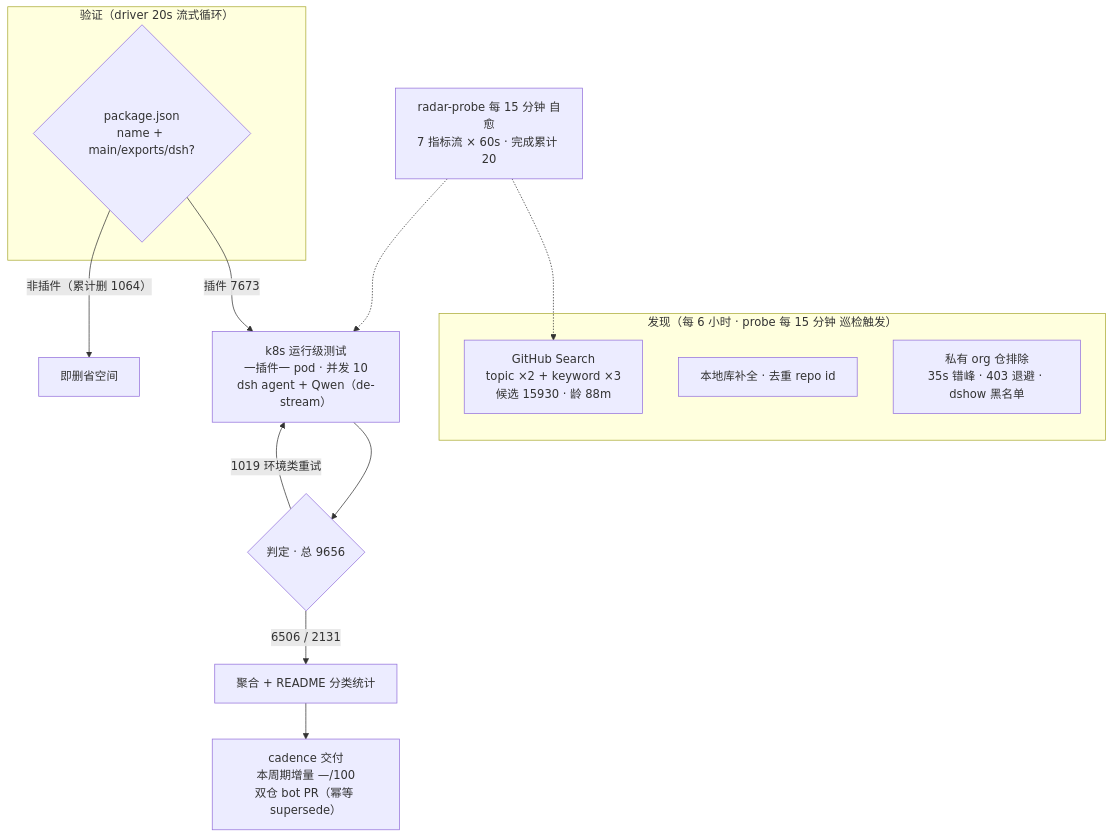
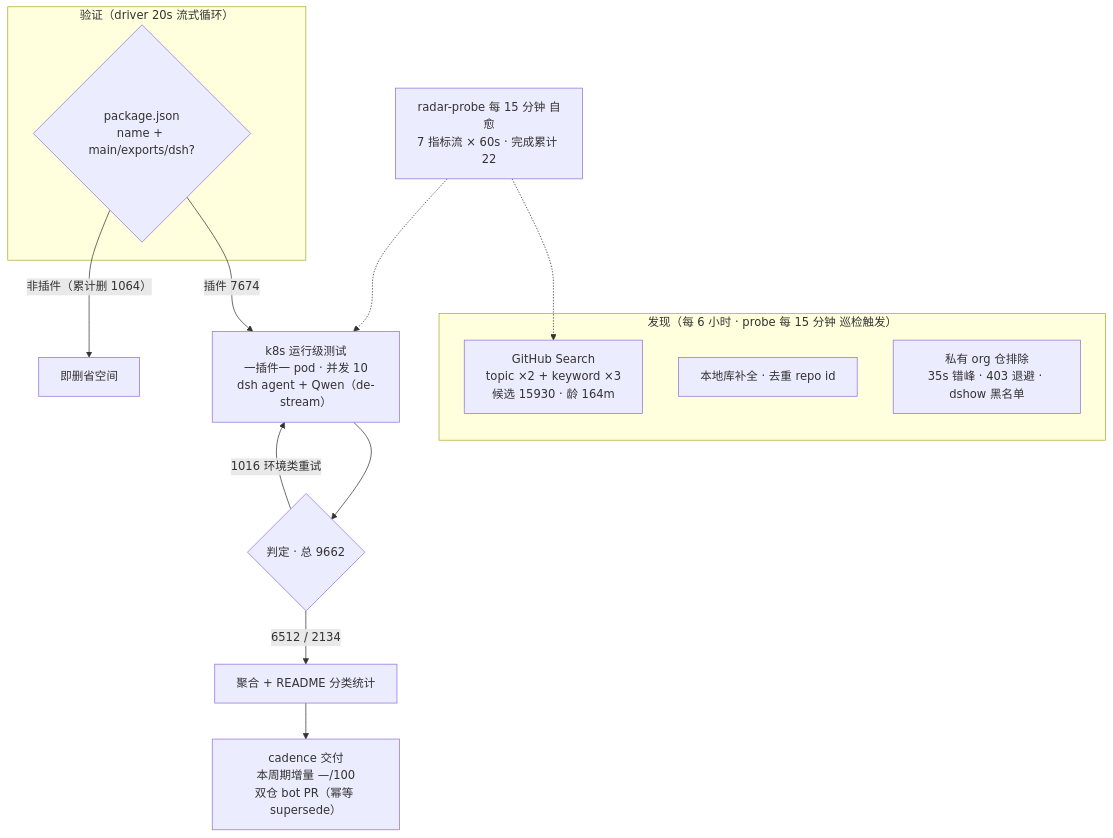
The diagram in README.md (Zhidao-Lab-OSS/awesome-dsh-plugins), drawn with Mermaid before and after one commit. The commit also changed other lines of this file and 1 other file, not shown here.

````diff
--- a/README.md
+++ b/README.md
@@ -37,20 +37,20 @@
 ```mermaid
 flowchart TB
     subgraph Discovery["发现（每 6 小时 · probe 每 15 分钟 巡检触发）"]
-        A1["GitHub Search<br/>topic ×2 + keyword ×3<br/>候选 15930 · 龄 88m"]
+        A1["GitHub Search<br/>topic ×2 + keyword ×3<br/>候选 15930 · 龄 164m"]
         A2["本地库补全 · 去重 repo id"]
         A3["私有 org 仓排除<br/>35s 错峰 · 403 退避 · dshow 黑名单"]
     end
     subgraph Validation["验证（driver 20s 流式循环）"]
         B1{"package.json<br/>name + main/exports/dsh?"}
     end
-    B1 -->|"插件 7673"| C1["k8s 运行级测试<br/>一插件一 pod · 并发 10<br/>dsh agent + Qwen（de-stream）"]
+    B1 -->|"插件 7674"| C1["k8s 运行级测试<br/>一插件一 pod · 并发 10<br/>dsh agent + Qwen（de-stream）"]
     B1 -->|"非插件（累计删 1064）"| B3["即删省空间"]
-    C1 --> D1{"判定 · 总 9656"}
-    D1 -->|"6506 / 2131"| E1["聚合 + README 分类统计"]
-    D1 -->|"1019 环境类重试"| C1
+    C1 --> D1{"判定 · 总 9662"}
+    D1 -->|"6512 / 2134"| E1["聚合 + README 分类统计"]
+    D1 -->|"1016 环境类重试"| C1
     E1 --> E2["cadence 交付<br/>本周期增量 —/100<br/>双仓 bot PR（幂等 supersede）"]
-    M["radar-probe 每 15 分钟 自愈<br/>7 指标流 × 60s · 完成累计 20"]
+    M["radar-probe 每 15 分钟 自愈<br/>7 指标流 × 60s · 完成累计 22"]
     M -.-> A1
     M -.-> C1
 ```
````
